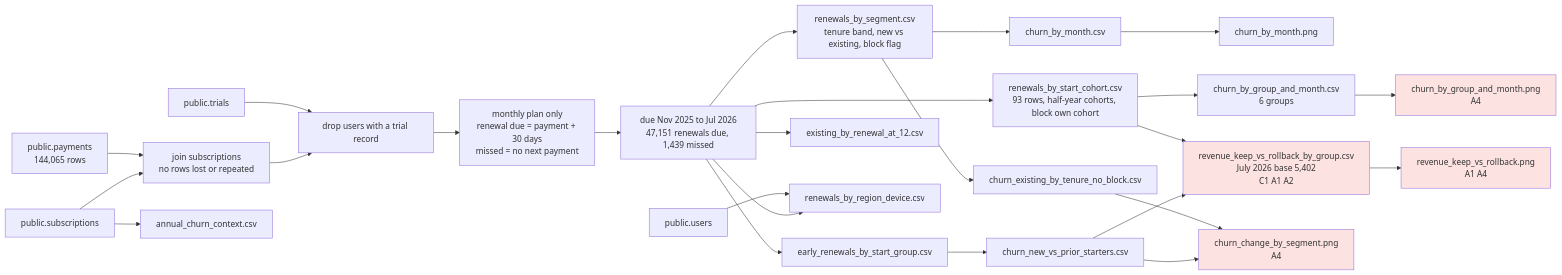
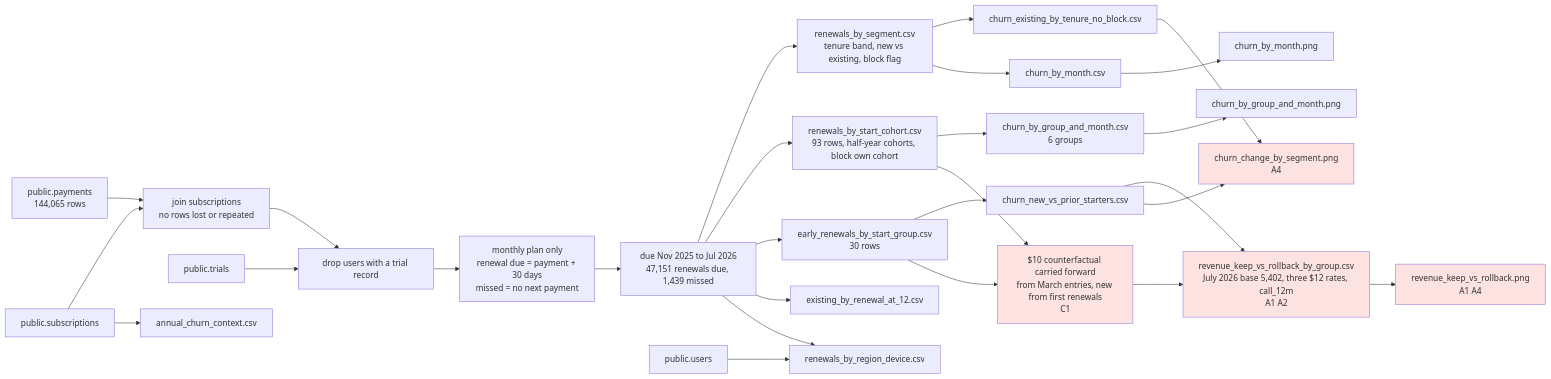
The diagram in outputs/2026-11-17_price-rise-rollback/review.md (maakadam/ai-analyst), drawn with Mermaid before and after one commit. The commit also changed other lines of this file, not shown here.

````diff
--- a/outputs/2026-11-17_price-rise-rollback/review.md
+++ b/outputs/2026-11-17_price-rise-rollback/review.md
@@ -7,29 +7,31 @@
 ```mermaid
 flowchart LR
   P[public.payments<br/>144,065 rows] --> J[join subscriptions<br/>no rows lost or repeated]
   S[public.subscriptions] --> J
   T[public.trials] --> X[drop users with a trial record]
   J --> X --> M[monthly plan only<br/>renewal due = payment + 30 days<br/>missed = no next payment]
   M --> W[due Nov 2025 to Jul 2026<br/>47,151 renewals due, 1,439 missed]
   W --> RS[renewals_by_segment.csv<br/>tenure band, new vs existing, block flag]
   W --> CO[renewals_by_start_cohort.csv<br/>93 rows, half-year cohorts, block own cohort]
-  W --> EA[early_renewals_by_start_group.csv]
+  W --> EA[early_renewals_by_start_group.csv<br/>30 rows]
   W --> AT[existing_by_renewal_at_12.csv]
   U[public.users] --> RD[renewals_by_region_device.csv]
   W --> RD
   S --> AN[annual_churn_context.csv]
   RS --> TB[churn_existing_by_tenure_no_block.csv]
   RS --> CM[churn_by_month.csv] --> CH1[churn_by_month.png]
   EA --> NV[churn_new_vs_prior_starters.csv]
-  CO --> GM[churn_by_group_and_month.csv<br/>6 groups] --> CH4[churn_by_group_and_month.png<br/>A4]
-  CO --> MO[revenue_keep_vs_rollback_by_group.csv<br/>July 2026 base 5,402<br/>C1 A1 A2]
+  CO --> GM[churn_by_group_and_month.csv<br/>6 groups] --> CH4[churn_by_group_and_month.png]
+  CO --> CF[$10 counterfactual carried forward<br/>from March entries, new from first renewals<br/>C1]
+  EA --> CF
+  CF --> MO[revenue_keep_vs_rollback_by_group.csv<br/>July 2026 base 5,402, three $12 rates, call_12m<br/>A1 A2]
   NV --> MO
   TB --> CH2[churn_change_by_segment.png<br/>A4]
   NV --> CH2
   MO --> CH3[revenue_keep_vs_rollback.png<br/>A1 A4]
   MO:::issue
+  CF:::issue
   CH3:::issue
-  CH4:::issue
   CH2:::issue
   classDef issue fill:#fde2e2
 ```
````
